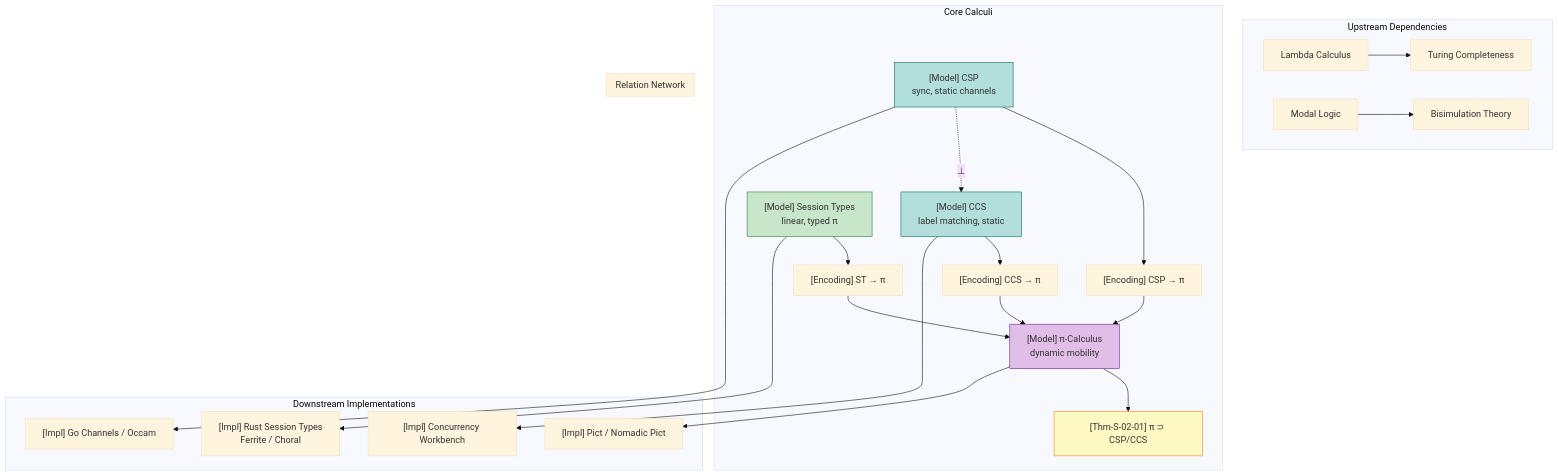
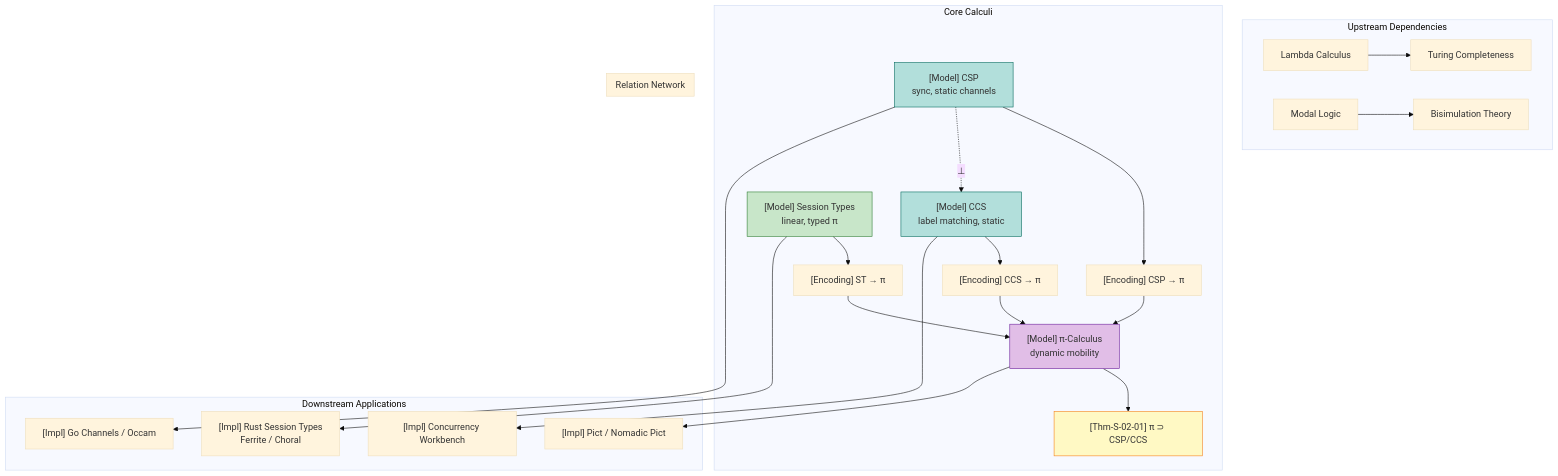
The diagram in i18n/en/Struct/01-foundation/01.02-process-calculus-primer-en.md (AdaMartin18010/AnalysisDataFlow), drawn with Mermaid (base theme) before and after one commit. The commit also changed other lines of this file and 679 other files, not shown here.

````diff
--- a/i18n/en/Struct/01-foundation/01.02-process-calculus-primer-en.md
+++ b/i18n/en/Struct/01-foundation/01.02-process-calculus-primer-en.md
@@ -325,34 +607,34 @@
 ```mermaid
 graph TB
     subgraph "Upstream Dependencies"
         A1[Lambda Calculus] --> A2[Turing Completeness]
         A3[Modal Logic] --> A4[Bisimulation Theory]
     end
 
     subgraph "Core Calculi"
         CSP["[Model] CSP<br/>sync, static channels"] --> ENC1["[Encoding] CSP → π"]
         CCS["[Model] CCS<br/>label matching, static"] --> ENC2["[Encoding] CCS → π"]
         PI["[Model] π-Calculus<br/>dynamic mobility"] --> SEP["[Thm-S-02-01] π ⊃ CSP/CCS"]
         ST["[Model] Session Types<br/>linear, typed π"] --> ENC3["[Encoding] ST → π"]
     end
 
     subgraph "Relation Network"
         ENC1 --> PI
         ENC2 --> PI
         ENC3 --> PI
         CSP -.⊥.-> CCS
     end
 
-    subgraph "Downstream Implementations"
+    subgraph "Downstream Applications"
         PI --> PICT["[Impl] Pict / Nomadic Pict"]
         CSP --> GO["[Impl] Go Channels / Occam"]
         CCS --> CW["[Impl] Concurrency Workbench"]
         ST --> RUST["[Impl] Rust Session Types<br/>Ferrite / Choral"]
     end
 
     style CSP fill:#b2dfdb,stroke:#00695c
     style CCS fill:#b2dfdb,stroke:#00695c
     style PI fill:#e1bee7,stroke:#6a1b9a
     style ST fill:#c8e6c9,stroke:#2e7d32
     style SEP fill:#fff9c4,stroke:#f57f17
 ```
````
